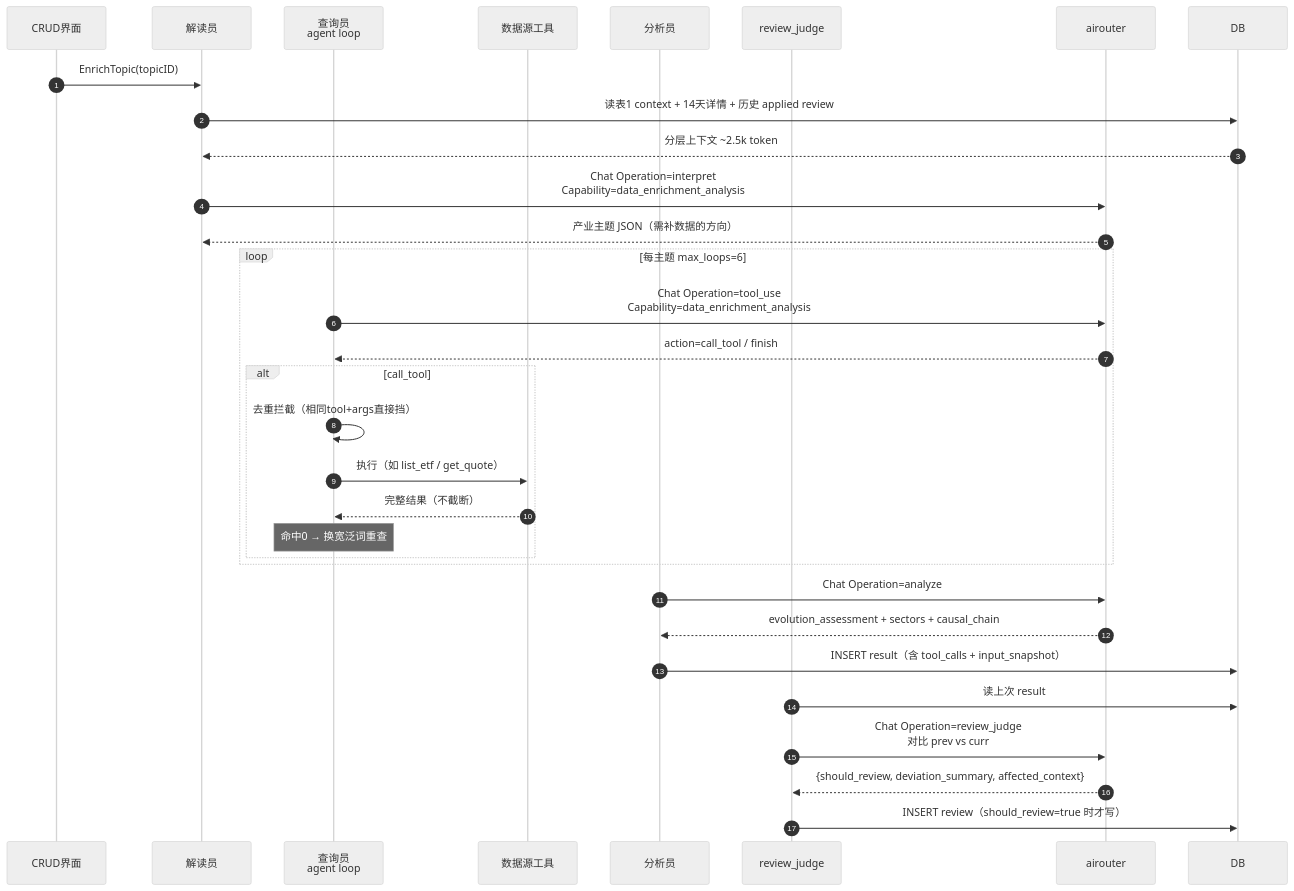
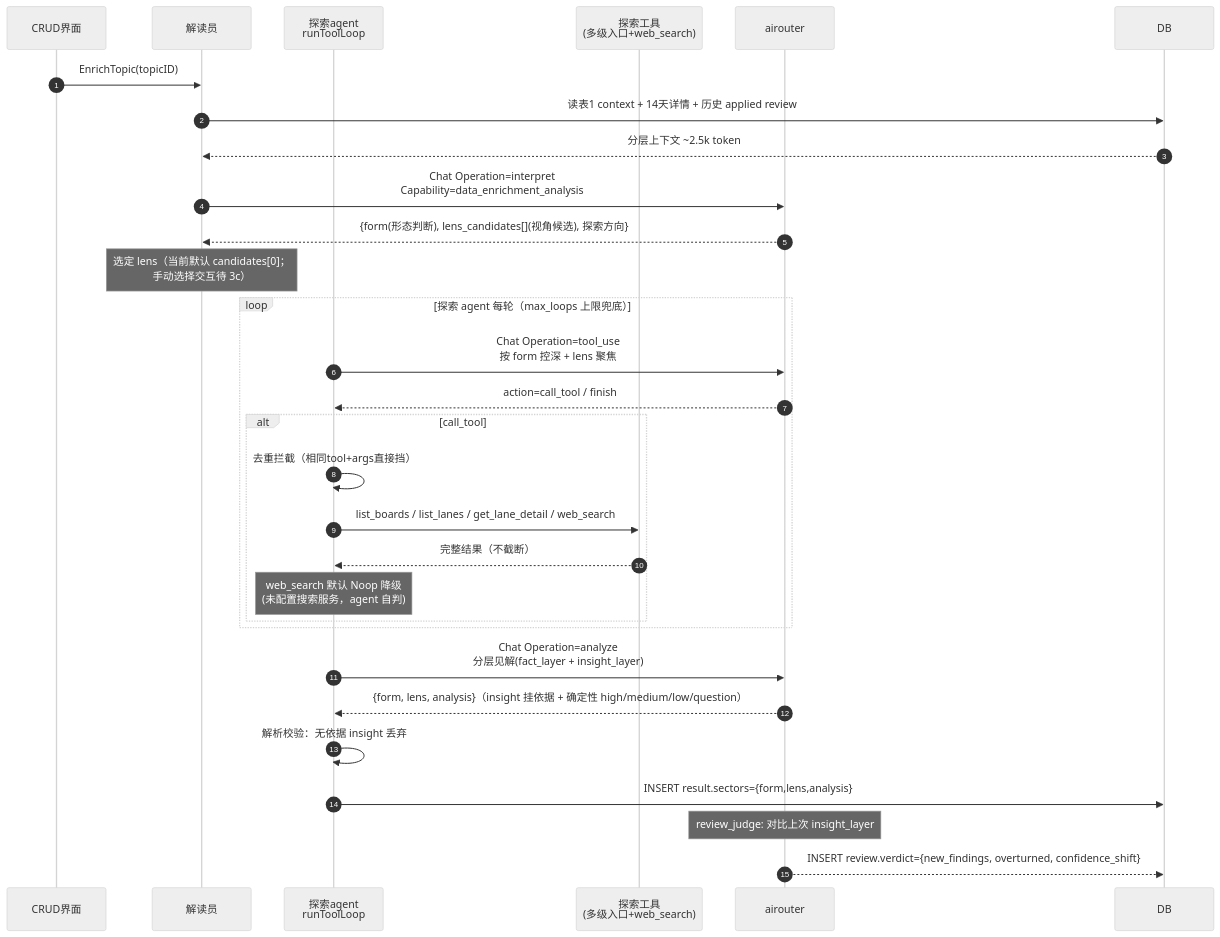
Before and after one commit to ZanebonoAlter/my-robot: the second of 4 diagrams in docs/reference/flow/data-enrichment.md, drawn with Mermaid (neutral theme). The commit also changed other lines of this file and 120 other files, not shown here.

````diff
--- a/docs/reference/flow/data-enrichment.md
+++ b/docs/reference/flow/data-enrichment.md
@@ -80,39 +80,36 @@
 ```mermaid
 sequenceDiagram
     autonumber
     participant UI as CRUD界面
     participant Interp as 解读员
-    participant Agent as 查询员<br/>agent loop
-    participant Tool as 数据源工具
-    participant Analyzer as 分析员
-    participant Judge as review_judge
+    participant Agent as 探索agent<br/>runToolLoop
+    participant Tool as 探索工具<br/>(多级入口+web_search)
     participant AI as airouter
     participant DB as DB
 
     UI->>Interp: EnrichTopic(topicID)
-
     Interp->>DB: 读表1 context + 14天详情 + 历史 applied review
     DB-->>Interp: 分层上下文 ~2.5k token
     Interp->>AI: Chat Operation=interpret<br/>Capability=data_enrichment_analysis
-    AI-->>Interp: 产业主题 JSON（需补数据的方向）
+    AI-->>Interp: {form(形态判断), lens_candidates[](视角候选), 探索方向}
+    Note over Interp: 选定 lens（当前默认 candidates[0]；<br/>手动选择交互待 3c）
 
-    loop 每主题 max_loops=6
-        Agent->>AI: Chat Operation=tool_use<br/>Capability=data_enrichment_analysis
+    loop 探索 agent 每轮（max_loops 上限兜底）
+        Agent->>AI: Chat Operation=tool_use<br/>按 form 控深 + lens 聚焦
         AI-->>Agent: action=call_tool / finish
         alt call_tool
             Agent->>Agent: 去重拦截（相同tool+args直接挡）
-            Agent->>Tool: 执行（如 list_etf / get_quote）
+            Agent->>Tool: list_boards / list_lanes / get_lane_detail / web_search
             Tool-->>Agent: 完整结果（不截断）
-            Note over Agent: 命中0 → 换宽泛词重查
+            Note over Agent: web_search 默认 Noop 降级<br/>(未配置搜索服务，agent 自判)
         end
     end
 
-    Analyzer->>AI: Chat Operation=analyze
-    AI-->>Analyzer: evolution_assessment + sectors + causal_chain
-    Analyzer->>DB: INSERT result（含 tool_calls + input_snapshot）
+    Agent->>AI: Chat Operation=analyze<br/>分层见解(fact_layer + insight_layer)
+    AI-->>Agent: {form, lens, analysis}（insight 挂依据 + 确定性 high/medium/low/question）
+    Agent->>Agent: 解析校验：无依据 insight 丢弃
+    Agent->>DB: INSERT result.sectors={form,lens,analysis}
 
-    Judge->>DB: 读上次 result
-    Judge->>AI: Chat Operation=review_judge<br/>对比 prev vs curr
-    AI-->>Judge: {should_review, deviation_summary, affected_context}
-    Judge->>DB: INSERT review（should_review=true 时才写）
+    Note over AI: review_judge: 对比上次 insight_layer
+    AI-->>DB: INSERT review.verdict={new_findings, overturned, confidence_shift}
 ```
````
